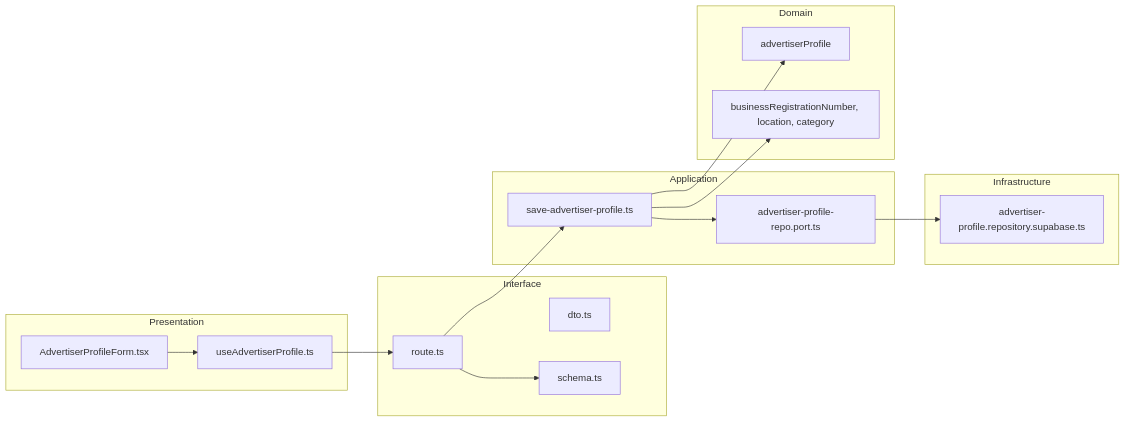
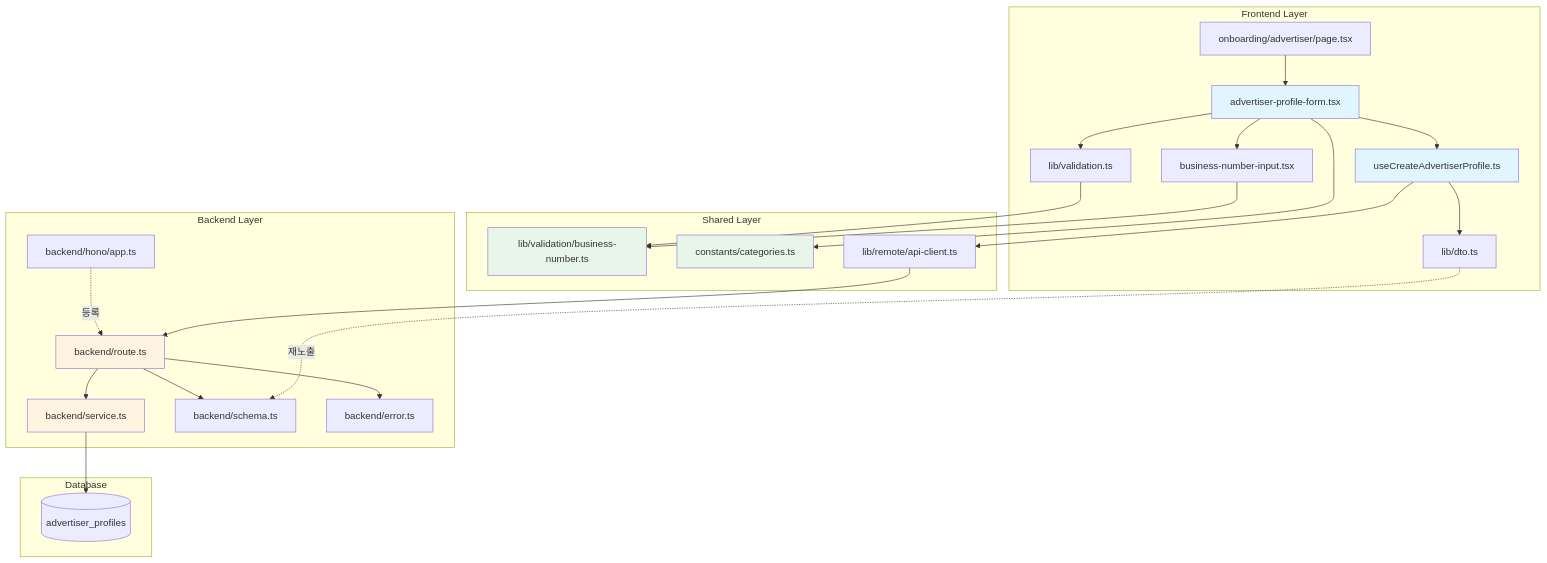
Before and after one commit to kooyongpak/Mafia_1w_1: the diagram in docs/003/plan.md, drawn with Mermaid. The commit also changed other lines of this file and 78 other files, not shown here.

````diff
--- a/docs/003/plan.md
+++ b/docs/003/plan.md
@@ -49,36 +76,57 @@
 ```mermaid
-flowchart LR
-  subgraph Presentation
-    UI[AdvertiserProfileForm.tsx]
-    Hook[useAdvertiserProfile.ts]
-  end
+graph TB
+    subgraph "Frontend Layer"
+        PAGE[onboarding/advertiser/page.tsx]
+        FORM[advertiser-profile-form.tsx]
+        BN_INPUT[business-number-input.tsx]
+        HOOK[useCreateAdvertiserProfile.ts]
+        DTO[lib/dto.ts]
+        VALIDATION[lib/validation.ts]
+    end
 
-  subgraph Interface
-    DTO[dto.ts]
-    Schema[schema.ts]
-    Route[route.ts]
-  end
+    subgraph "Shared Layer"
+        BN_UTIL[lib/validation/business-number.ts]
+        CAT_CONST[constants/categories.ts]
+        API_CLIENT[lib/remote/api-client.ts]
+    end
 
-  subgraph Application
-    UC[save-advertiser-profile.ts]
-    Port[advertiser-profile-repo.port.ts]
-  end
+    subgraph "Backend Layer"
+        ROUTE[backend/route.ts]
+        SERVICE[backend/service.ts]
+        SCHEMA[backend/schema.ts]
+        ERROR[backend/error.ts]
+        HONO[backend/hono/app.ts]
+    end
 
-  subgraph Domain
-    Entity[advertiserProfile]
-    VO[businessRegistrationNumber, location, category]
-  end
+    subgraph "Database"
+        DB[(advertiser_profiles)]
+    end
 
-  subgraph Infrastructure
-    Repo[advertiser-profile.repository.supabase.ts]
-  end
+    PAGE --> FORM
+    FORM --> BN_INPUT
+    FORM --> HOOK
+    FORM --> VALIDATION
+    HOOK --> API_CLIENT
+    HOOK --> DTO
+    
+    BN_INPUT --> BN_UTIL
+    VALIDATION --> BN_UTIL
+    FORM --> CAT_CONST
+    
+    DTO -.재노출.-> SCHEMA
+    
+    API_CLIENT --> ROUTE
+    ROUTE --> SERVICE
+    ROUTE --> SCHEMA
+    ROUTE --> ERROR
+    SERVICE --> DB
+    
+    HONO -.등록.-> ROUTE
 
-  UI --> Hook
-  Hook --> Route
-  Route --> Schema
-  Route --> UC
-  UC --> Port
-  Port --> Repo
-  UC --> Entity
-  UC --> VO
+    style FORM fill:#e1f5ff
+    style HOOK fill:#e1f5ff
+    style ROUTE fill:#fff4e1
+    style SERVICE fill:#fff4e1
+    style BN_UTIL fill:#e8f5e9
+    style CAT_CONST fill:#e8f5e9
 ```
````
